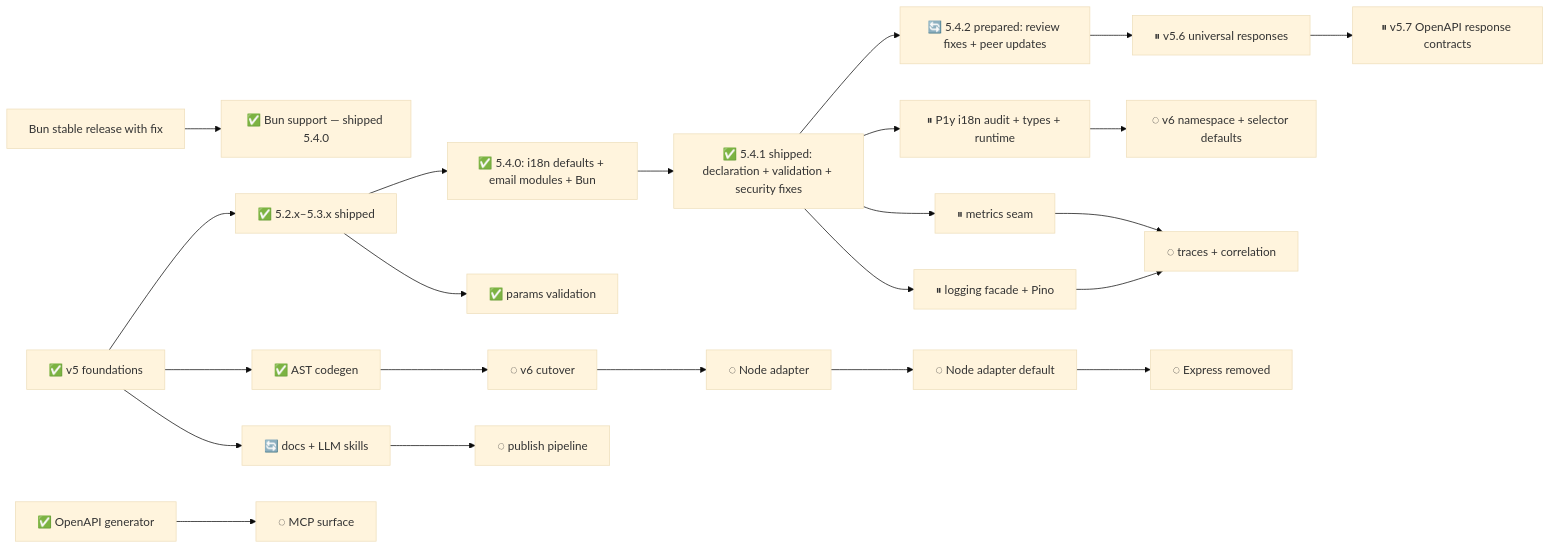
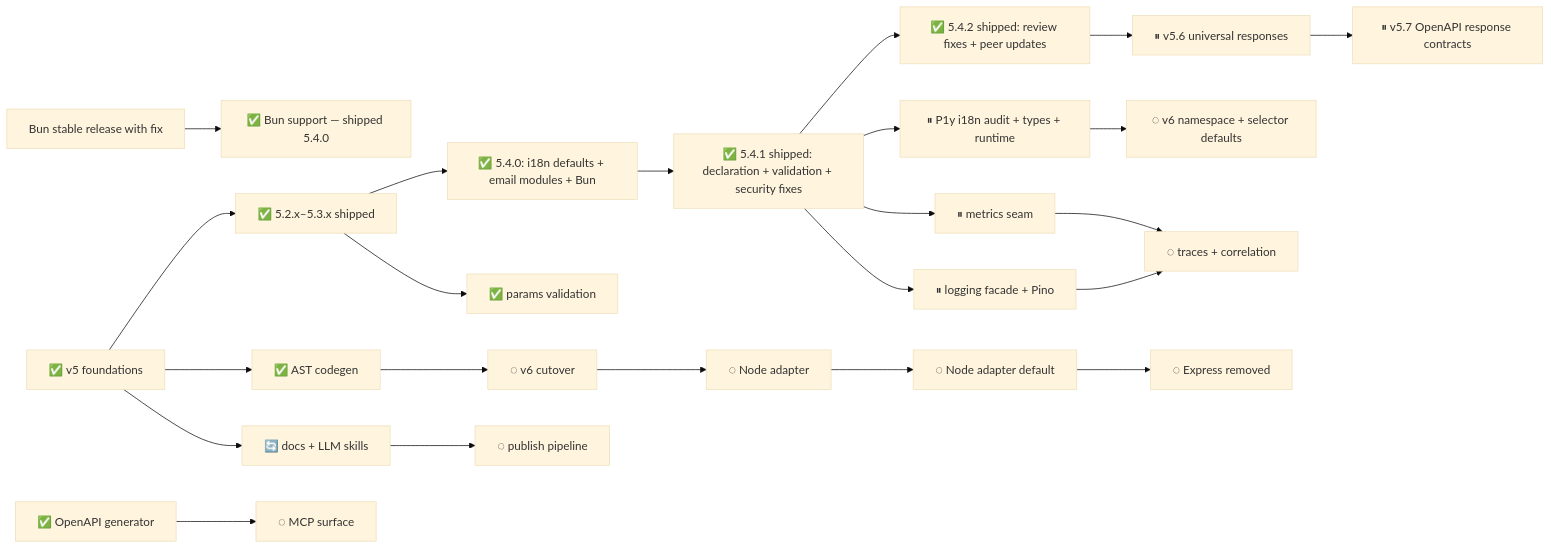
Before and after one commit to adaptivestone/framework: the diagram in .plans/refactor/README.md, drawn with Mermaid (base theme). The commit also changed other lines of this file and 3 other files, not shown here.

````diff
--- a/.plans/refactor/README.md
+++ b/.plans/refactor/README.md
@@ -44,32 +45,32 @@
 ```mermaid
 flowchart LR
     Foundation["✅ v5 foundations"] --> Patch["✅ 5.2.x–5.3.x shipped"]
     Patch --> Released["✅ 5.4.0: i18n defaults + email modules + Bun"]
     Released --> Unreleased["✅ 5.4.1 shipped: declaration + validation + security fixes"]
 
-    Unreleased --> Patch542["🔄 5.4.2 prepared: review fixes + peer updates"]
+    Unreleased --> Patch542["✅ 5.4.2 shipped: review fixes + peer updates"]
     Patch542 --> Responses["⏸ v5.6 universal responses"]
     Responses --> OpenAPI["⏸ v5.7 OpenAPI response contracts"]
 
     BunRelease["Bun stable release with fix"] --> BunSupport["✅ Bun support — shipped 5.4.0"]
 
     Unreleased --> I18nV5["⏸ P1y i18n audit + types + runtime"]
     I18nV5 --> I18nV6["◌ v6 namespace + selector defaults"]
 
     Foundation --> Codegen["✅ AST codegen"]
     Codegen --> V6["◌ v6 cutover"]
     V6 --> NodeAdapter["◌ Node adapter"]
     NodeAdapter --> DefaultNode["◌ Node adapter default"]
     DefaultNode --> DropExpress["◌ Express removed"]
 
     Foundation --> Docs["🔄 docs + LLM skills"]
     Docs --> Publish["◌ publish pipeline"]
 
     Patch --> Params["✅ params validation"]
     Unreleased --> Metrics["⏸ metrics seam"]
     Unreleased --> Logging["⏸ logging facade + Pino"]
     Logging --> Observability["◌ traces + correlation"]
     Metrics --> Observability
 
     OpenAPIGen["✅ OpenAPI generator"] --> MCP["◌ MCP surface"]
 ```
````
